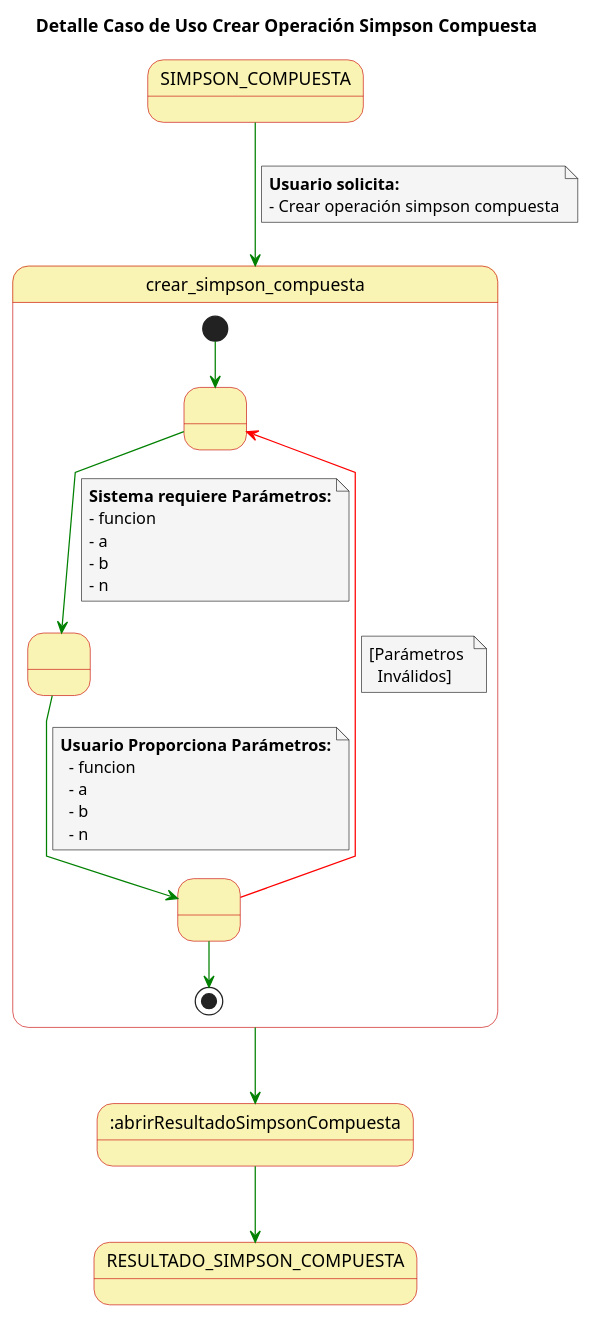
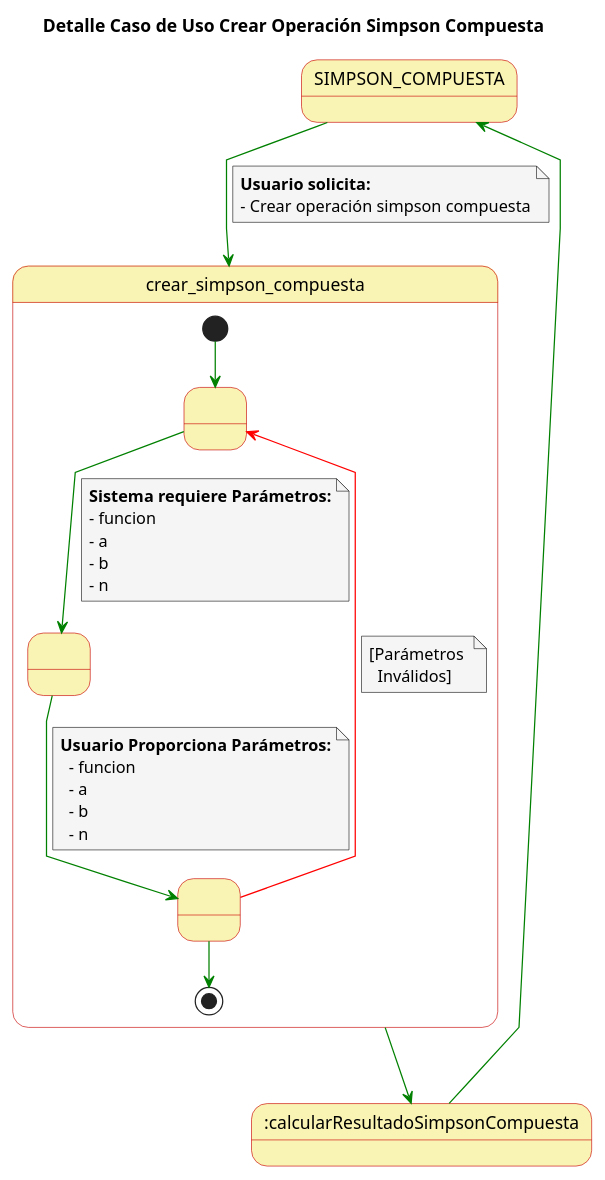
The diagram in casosDeUso/detallesCasosUsoDiferenciacionNumericaEIntegracion/detalleCasoUsoCrearSimpsonCompuesta.puml (rodri5villa/numath-API), drawn with PlantUML before and after one commit. The commit also changed 148 other files, not shown here.

```diff
--- a/casosDeUso/detallesCasosUsoDiferenciacionNumericaEIntegracion/detalleCasoUsoCrearSimpsonCompuesta.puml
+++ b/casosDeUso/detallesCasosUsoDiferenciacionNumericaEIntegracion/detalleCasoUsoCrearSimpsonCompuesta.puml
@@ -1,58 +1,61 @@
 @startuml
+
+top to bottom direction
 
 skinparam state {
   BackgroundColor #faf4b4
   BorderColor #c90000
 }
 
 skinparam note {
   BackgroundColor #f5f5f5
 }
 
 skinparam linetype polyline
 
 title Detalle Caso de Uso Crear Operación Simpson Compuesta
 
+state SIMPSON_COMPUESTA
 
 SIMPSON_COMPUESTA-[#green]-> crear_simpson_compuesta
 note on link
   **Usuario solicita:**
   - Crear operación simpson compuesta
 end note
 
 state crear_simpson_compuesta{
   state 1 as " "
   state 2 as " "
   state 3 as " "
   
   [*] -[#green]-> 1
   1 -[#green]-> 2
   note on link
       **Sistema requiere Parámetros:**
       - funcion
       - a
       - b
       - n
   end note
   2 -[#green]-> 3
   note on link
     **Usuario Proporciona Parámetros:**
       - funcion
       - a
       - b
       - n
   end note
   3 -[#red]-> 1
   note on link
     [Parámetros 
       Inválidos]
   end note
   3 -[#green]-> [*]
 
 }
 
-crear_simpson_compuesta-[#green]-> :abrirResultadoSimpsonCompuesta
+crear_simpson_compuesta-[#green]-> :calcularResultadoSimpsonCompuesta
 
-:abrirResultadoSimpsonCompuesta-[#green]-> RESULTADO_SIMPSON_COMPUESTA
+:calcularResultadoSimpsonCompuesta-[#green]-> SIMPSON_COMPUESTA
 
 @enduml
```
